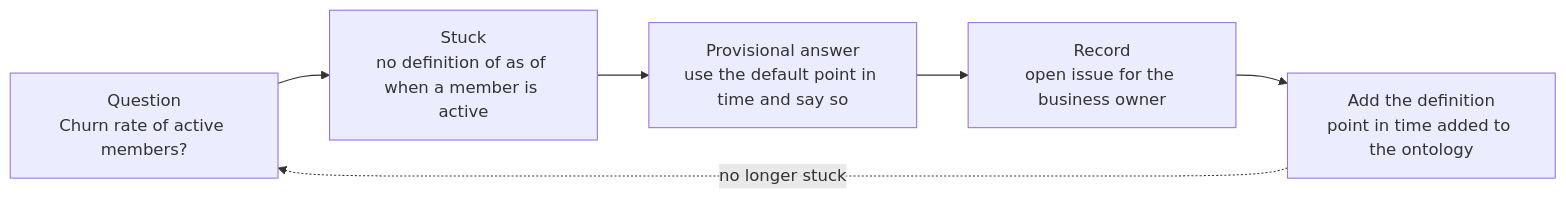
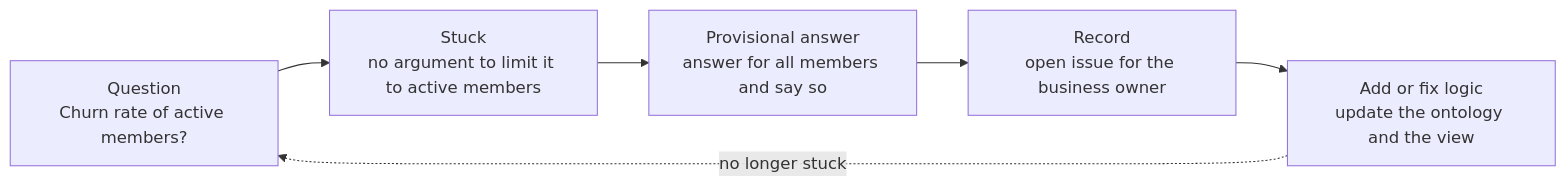
The second of 2 diagrams in framework/en/07_ai-processing-flow.md (keito118/ai-ready-requirements), drawn with Mermaid before and after one commit. The commit also changed other lines of this file and 16 other files, not shown here.

````diff
--- a/framework/en/07_ai-processing-flow.md
+++ b/framework/en/07_ai-processing-flow.md
@@ -54,8 +60,8 @@
 ```mermaid
 flowchart LR
-  Q[Question<br/>Churn rate of active members?] --> X[Stuck<br/>no definition of as of when a member is active]
-  X --> T[Provisional answer<br/>use the default point in time and say so]
+  Q[Question<br/>Churn rate of active members?] --> X[Stuck<br/>no argument to limit it to active members]
+  X --> T[Provisional answer<br/>answer for all members and say so]
   T --> R[Record<br/>open issue for the business owner]
-  R --> F[Add the definition<br/>point in time added to the ontology]
+  R --> F[Add or fix logic<br/>update the ontology and the view]
   F -. no longer stuck .-> Q
 ```
````
